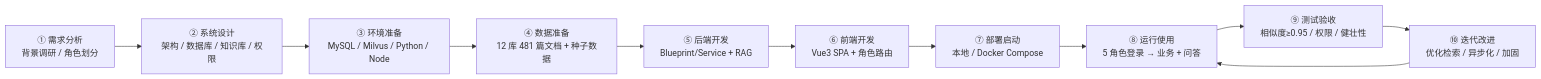
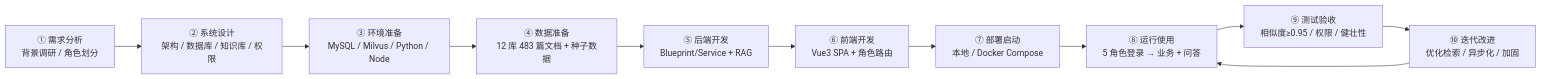
One commit to SFANBLOG/medical-assistant-master changed the first of 14 diagrams in 面试准备/项目完整架构与流程图.md. Above: the diagram before and after it, drawn with Mermaid. The commit also changed other lines of this file and 5 other files, not shown here.

````diff
--- a/面试准备/项目完整架构与流程图.md
+++ b/面试准备/项目完整架构与流程图.md
@@ -28,13 +28,13 @@
 ```mermaid
 flowchart LR
     S1["① 需求分析<br/>背景调研 / 角色划分"] --> S2["② 系统设计<br/>架构 / 数据库 / 知识库 / 权限"]
     S2 --> S3["③ 环境准备<br/>MySQL / Milvus / Python / Node"]
-    S3 --> S4["④ 数据准备<br/>12 库 481 篇文档 + 种子数据"]
+    S3 --> S4["④ 数据准备<br/>12 库 483 篇文档 + 种子数据"]
     S4 --> S5["⑤ 后端开发<br/>Blueprint/Service + RAG"]
     S5 --> S6["⑥ 前端开发<br/>Vue3 SPA + 角色路由"]
     S6 --> S7["⑦ 部署启动<br/>本地 / Docker Compose"]
     S7 --> S8["⑧ 运行使用<br/>5 角色登录 → 业务 + 问答"]
     S8 --> S9["⑨ 测试验收<br/>相似度≥0.95 / 权限 / 健壮性"]
     S9 --> S10["⑩ 迭代改进<br/>优化检索 / 异步化 / 加固"]
     S10 --> S8
 ```
````
